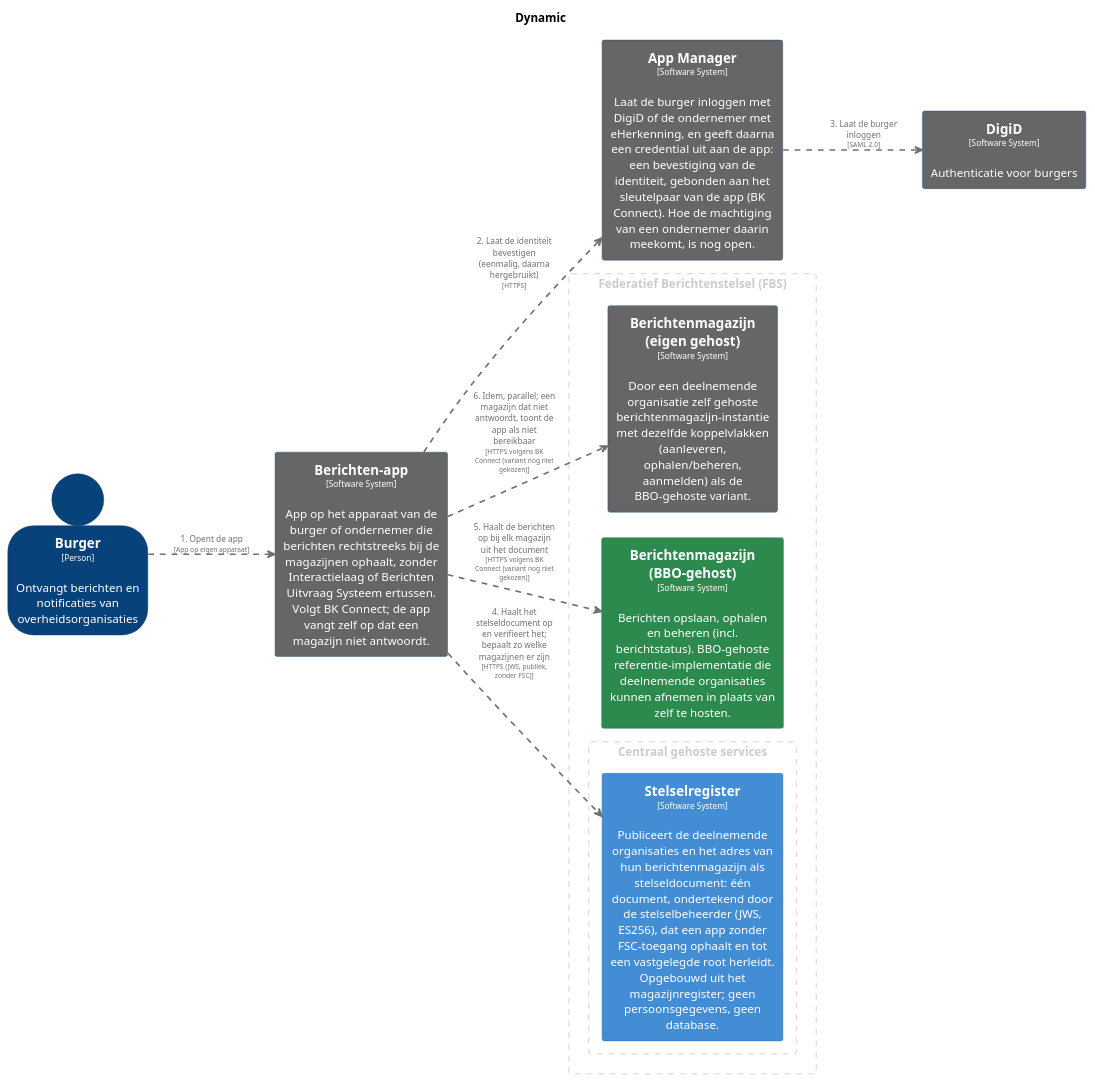
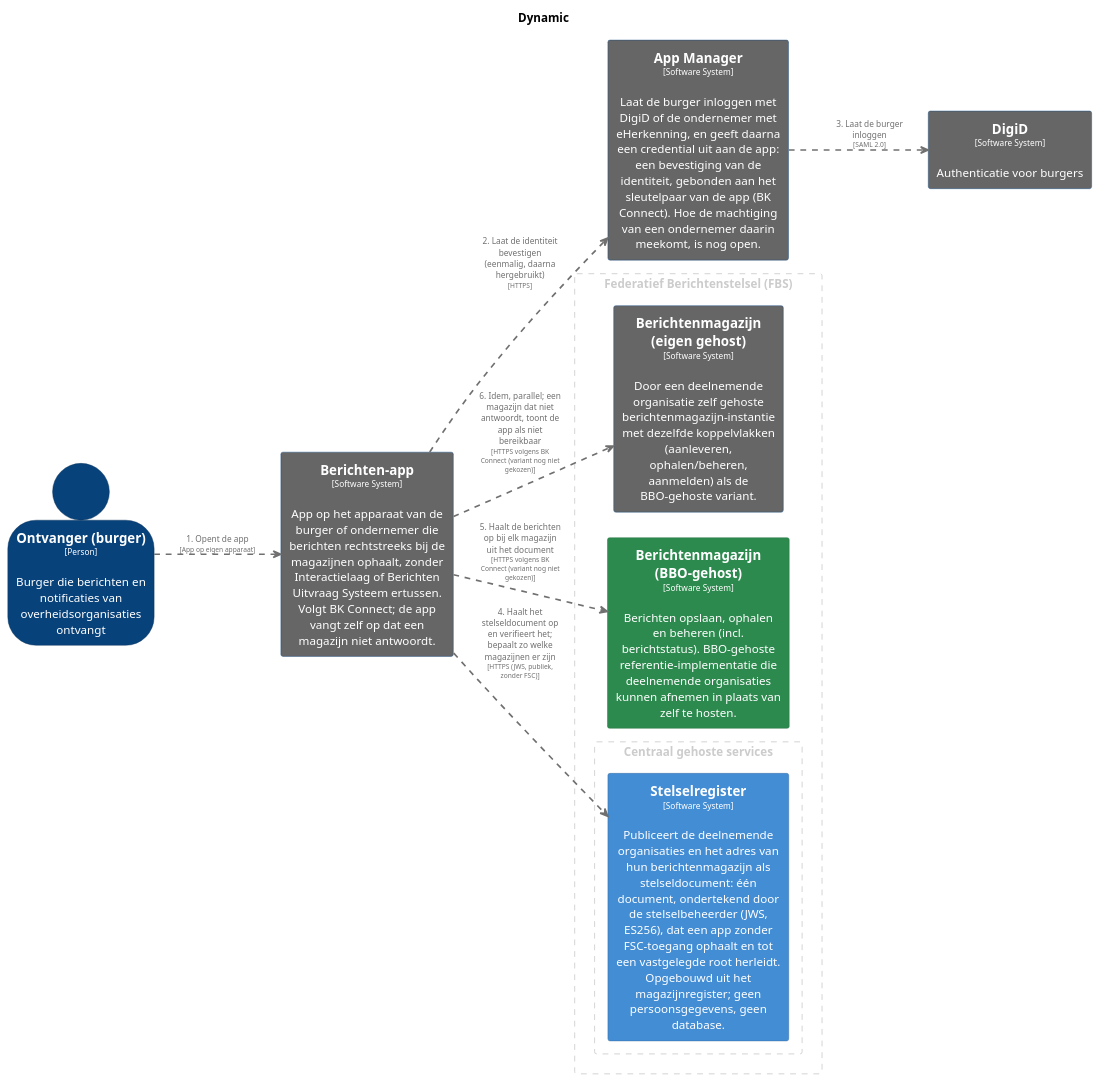
The diagram in pr-preview/pr-447/master/puml/RechtstreeksOphalenBurger.puml (MinBZK/moza-poc-fbs-berichtenbox), drawn with PlantUML before and after one commit. The commit also changed 114 other files, not shown here.

```diff
--- a/pr-preview/pr-447/master/puml/RechtstreeksOphalenBurger.puml
+++ b/pr-preview/pr-447/master/puml/RechtstreeksOphalenBurger.puml
@@ -1,88 +1,88 @@
 @startuml
 set separator none
 title Dynamic
 
 left to right direction
 skinparam ranksep 60
 skinparam nodesep 30
 
 skinparam {
   arrowFontSize 10
   defaultTextAlignment center
   wrapWidth 200
   maxMessageSize 100
 }
 
 hide stereotype
 
 skinparam rectangle<<AppManager>> {
   BackgroundColor #666666
   FontColor #ffffff
   BorderColor #0b4884
   shadowing false
 }
 skinparam rectangle<<Berichtenapp>> {
   BackgroundColor #666666
   FontColor #ffffff
   BorderColor #0b4884
   shadowing false
 }
 skinparam rectangle<<BerichtenmagazijnBBOgehost>> {
   BackgroundColor #2d8a4e
   FontColor #ffffff
   BorderColor #1e6b38
   shadowing false
 }
 skinparam rectangle<<Berichtenmagazijneigengehost>> {
   BackgroundColor #666666
   FontColor #ffffff
   BorderColor #0b4884
   shadowing false
 }
-skinparam person<<Burger>> {
-  BackgroundColor #08427b
-  FontColor #ffffff
-  BorderColor #052e56
-  shadowing false
-}
 skinparam rectangle<<DigiD>> {
   BackgroundColor #666666
   FontColor #ffffff
   BorderColor #0b4884
+  shadowing false
+}
+skinparam person<<Ontvangerburger>> {
+  BackgroundColor #08427b
+  FontColor #ffffff
+  BorderColor #052e56
   shadowing false
 }
 skinparam rectangle<<Stelselregister>> {
   BackgroundColor #438dd5
   FontColor #ffffff
   BorderColor #2e6295
   shadowing false
 }
 
 rectangle "Federatief Berichtenstelsel (FBS)" <<group1>> as group1 {
   skinparam RectangleBorderColor<<group1>> #cccccc
   skinparam RectangleFontColor<<group1>> #cccccc
   skinparam RectangleBorderStyle<<group1>> dashed
 
   rectangle "==Berichtenmagazijn (eigen gehost)\n<size:10>[Software System]</size>\n\nDoor een deelnemende organisatie zelf gehoste berichtenmagazijn-instantie met dezelfde koppelvlakken (aanleveren, ophalen/beheren, aanmelden) als de BBO-gehoste variant." <<Berichtenmagazijneigengehost>> as Berichtenmagazijneigengehost
   rectangle "==Berichtenmagazijn (BBO-gehost)\n<size:10>[Software System]</size>\n\nBerichten opslaan, ophalen en beheren (incl. berichtstatus). BBO-gehoste referentie-implementatie die deelnemende organisaties kunnen afnemen in plaats van zelf te hosten." <<BerichtenmagazijnBBOgehost>> as BerichtenmagazijnBBOgehost
     rectangle "Centraal gehoste services" <<group2>> as group2 {
       skinparam RectangleBorderColor<<group2>> #cccccc
       skinparam RectangleFontColor<<group2>> #cccccc
       skinparam RectangleBorderStyle<<group2>> dashed
 
       rectangle "==Stelselregister\n<size:10>[Software System]</size>\n\nPubliceert de deelnemende organisaties en het adres van hun berichtenmagazijn als stelseldocument: één document, ondertekend door de stelselbeheerder (JWS, ES256), dat een app zonder FSC-toegang ophaalt en tot een vastgelegde root herleidt. Opgebouwd uit het magazijnregister; geen persoonsgegevens, geen database." <<Stelselregister>> as Stelselregister
     }
 
 }
 
-person "==Burger\n<size:10>[Person]</size>\n\nOntvangt berichten en notificaties van overheidsorganisaties" <<Burger>> as Burger
+person "==Ontvanger (burger)\n<size:10>[Person]</size>\n\nBurger die berichten en notificaties van overheidsorganisaties ontvangt" <<Ontvangerburger>> as Ontvangerburger
 rectangle "==DigiD\n<size:10>[Software System]</size>\n\nAuthenticatie voor burgers" <<DigiD>> as DigiD
 rectangle "==Berichten-app\n<size:10>[Software System]</size>\n\nApp op het apparaat van de burger of ondernemer die berichten rechtstreeks bij de magazijnen ophaalt, zonder Interactielaag of Berichten Uitvraag Systeem ertussen. Volgt BK Connect; de app vangt zelf op dat een magazijn niet antwoordt." <<Berichtenapp>> as Berichtenapp
 rectangle "==App Manager\n<size:10>[Software System]</size>\n\nLaat de burger inloggen met DigiD of de ondernemer met eHerkenning, en geeft daarna een credential uit aan de app: een bevestiging van de identiteit, gebonden aan het sleutelpaar van de app (BK Connect). Hoe de machtiging van een ondernemer daarin meekomt, is nog open." <<AppManager>> as AppManager
-Burger .[#707070,thickness=2].> Berichtenapp : "<color:#707070>1. Opent de app\n<color:#707070><size:8>[App op eigen apparaat]</size>"
+Ontvangerburger .[#707070,thickness=2].> Berichtenapp : "<color:#707070>1. Opent de app\n<color:#707070><size:8>[App op eigen apparaat]</size>"
 Berichtenapp .[#707070,thickness=2].> AppManager : "<color:#707070>2. Laat de identiteit bevestigen (eenmalig, daarna hergebruikt)\n<color:#707070><size:8>[HTTPS]</size>"
 AppManager .[#707070,thickness=2].> DigiD : "<color:#707070>3. Laat de burger inloggen\n<color:#707070><size:8>[SAML 2.0]</size>"
 Berichtenapp .[#707070,thickness=2].> Stelselregister : "<color:#707070>4. Haalt het stelseldocument op en verifieert het; bepaalt zo welke magazijnen er zijn\n<color:#707070><size:8>[HTTPS (JWS, publiek, zonder FSC)]</size>"
 Berichtenapp .[#707070,thickness=2].> BerichtenmagazijnBBOgehost : "<color:#707070>5. Haalt de berichten op bij elk magazijn uit het document\n<color:#707070><size:8>[HTTPS volgens BK Connect (variant nog niet gekozen)]</size>"
 Berichtenapp .[#707070,thickness=2].> Berichtenmagazijneigengehost : "<color:#707070>6. Idem, parallel; een magazijn dat niet antwoordt, toont de app als niet bereikbaar\n<color:#707070><size:8>[HTTPS volgens BK Connect (variant nog niet gekozen)]</size>"
 @enduml
```
